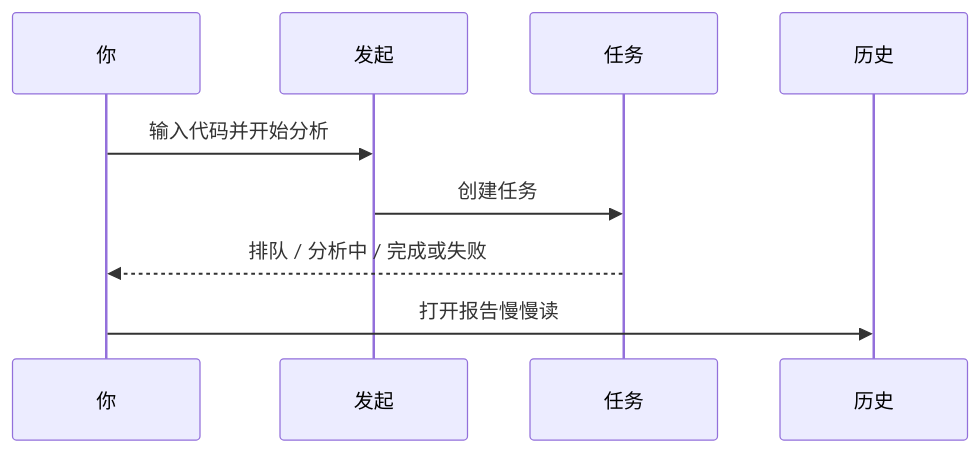
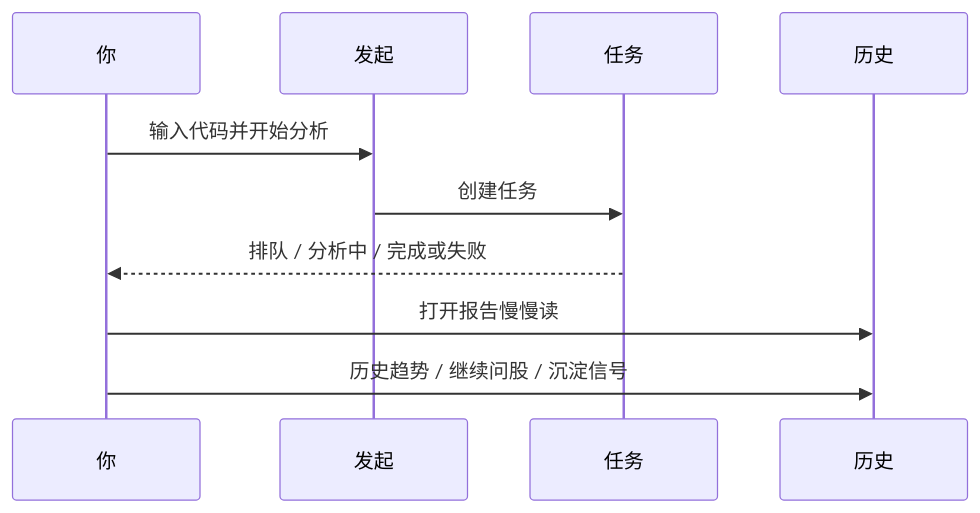
The second of 3 diagrams in docs/ui-manual/03-analysis-workbench.md (SiinXu/stock-pulse-ai), drawn with Mermaid before and after one commit. The commit also changed other lines of this file and 73 other files, not shown here.

First line of the commit message:
docs(ui-manual): deepen modules with scenarios, tone pass, and figure placeholders

````diff
--- a/docs/ui-manual/03-analysis-workbench.md
+++ b/docs/ui-manual/03-analysis-workbench.md
@@ -46,11 +111,12 @@
 ```mermaid
 sequenceDiagram
   participant 你
   participant 发起
   participant 任务
   participant 历史
   你->>发起: 输入代码并开始分析
   发起->>任务: 创建任务
   任务-->>你: 排队 / 分析中 / 完成或失败
   你->>历史: 打开报告慢慢读
+  你->>历史: 历史趋势 / 继续问股 / 沉淀信号
 ```
````
